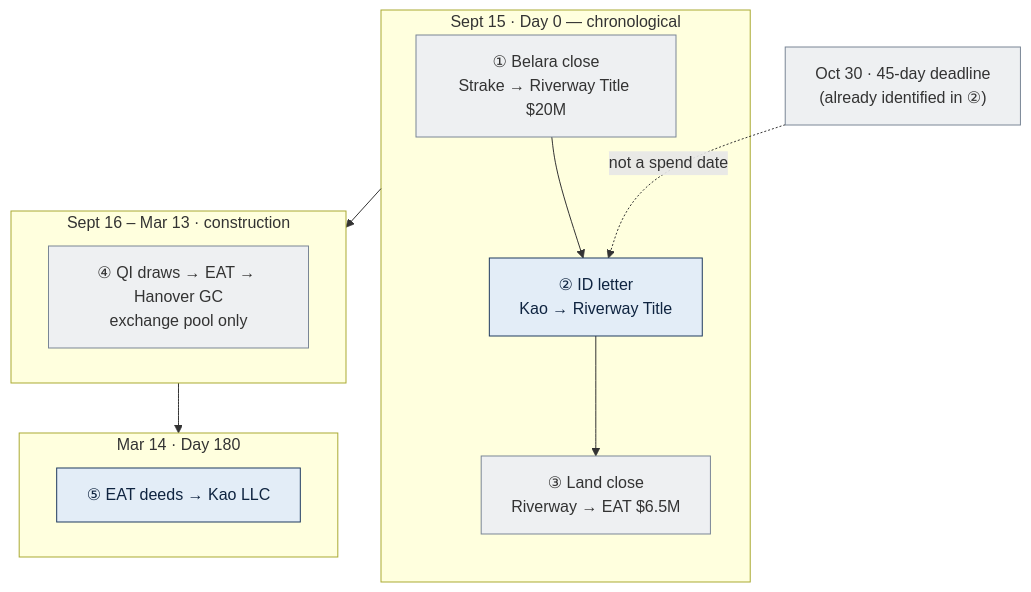
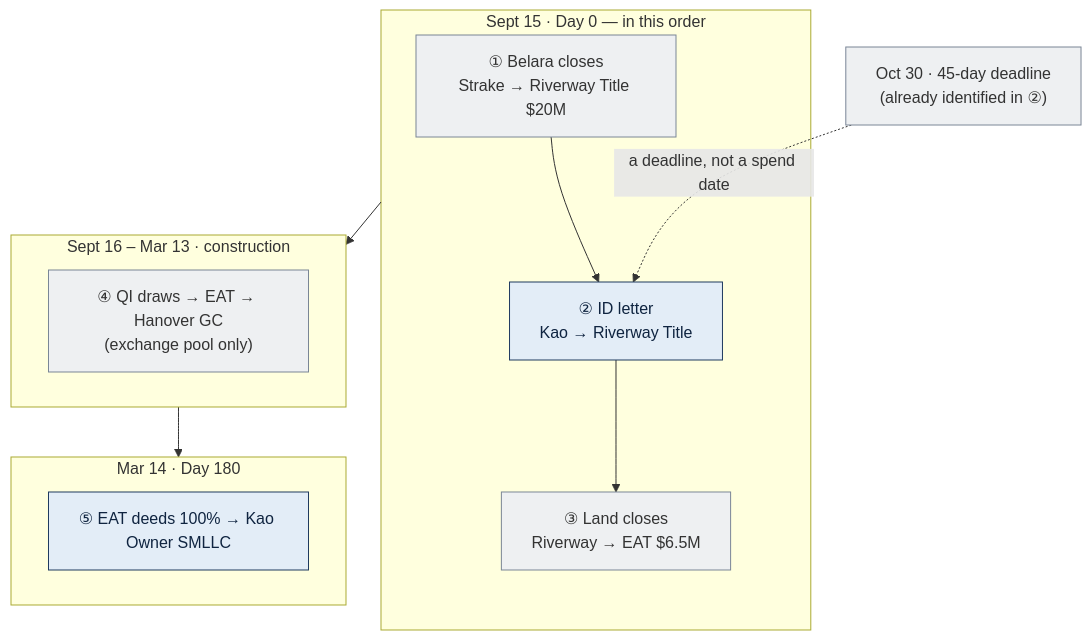
One commit to EthanCow/North-Forsyth-1031-Diagrams changed the second of 10 diagrams in North_Forsyth_1031_Diagrams.md. Above: the diagram before and after it, drawn with Mermaid. The commit also changed other lines of this file and 7 other files, not shown here.

````diff
--- a/North_Forsyth_1031_Diagrams.md
+++ b/North_Forsyth_1031_Diagrams.md
@@ -102,20 +185,20 @@
 ```mermaid
 flowchart TB
-  subgraph D0["Sept 15 · Day 0 — chronological"]
-    A["① Belara close\nStrake → Riverway Title $20M"]:::neutral
+  subgraph D0["Sept 15 · Day 0 — in this order"]
+    A["① Belara closes\nStrake → Riverway Title $20M"]:::neutral
     B["② ID letter\nKao → Riverway Title"]:::kao
-    C["③ Land close\nRiverway → EAT $6.5M"]:::neutral
+    C["③ Land closes\nRiverway → EAT $6.5M"]:::neutral
     A --> B --> C
   end
   subgraph BUILD["Sept 16 – Mar 13 · construction"]
-    D["④ QI draws → EAT → Hanover GC\nexchange pool only"]:::neutral
+    D["④ QI draws → EAT → Hanover GC\n(exchange pool only)"]:::neutral
   end
   subgraph D180["Mar 14 · Day 180"]
-    E["⑤ EAT deeds → Kao LLC"]:::kao
+    E["⑤ EAT deeds 100% → Kao Owner SMLLC"]:::kao
   end
   D0 --> BUILD --> D180
   DL["Oct 30 · 45-day deadline\n(already identified in ②)"]:::neutral
-  DL -.->|"not a spend date"| B
+  DL -.->|"a deadline, not a spend date"| B
   classDef kao fill:#e3edf7,stroke:#1f3a5f,color:#0f2440;
   classDef neutral fill:#eef0f2,stroke:#7a8696,color:#333;
 ```
````
